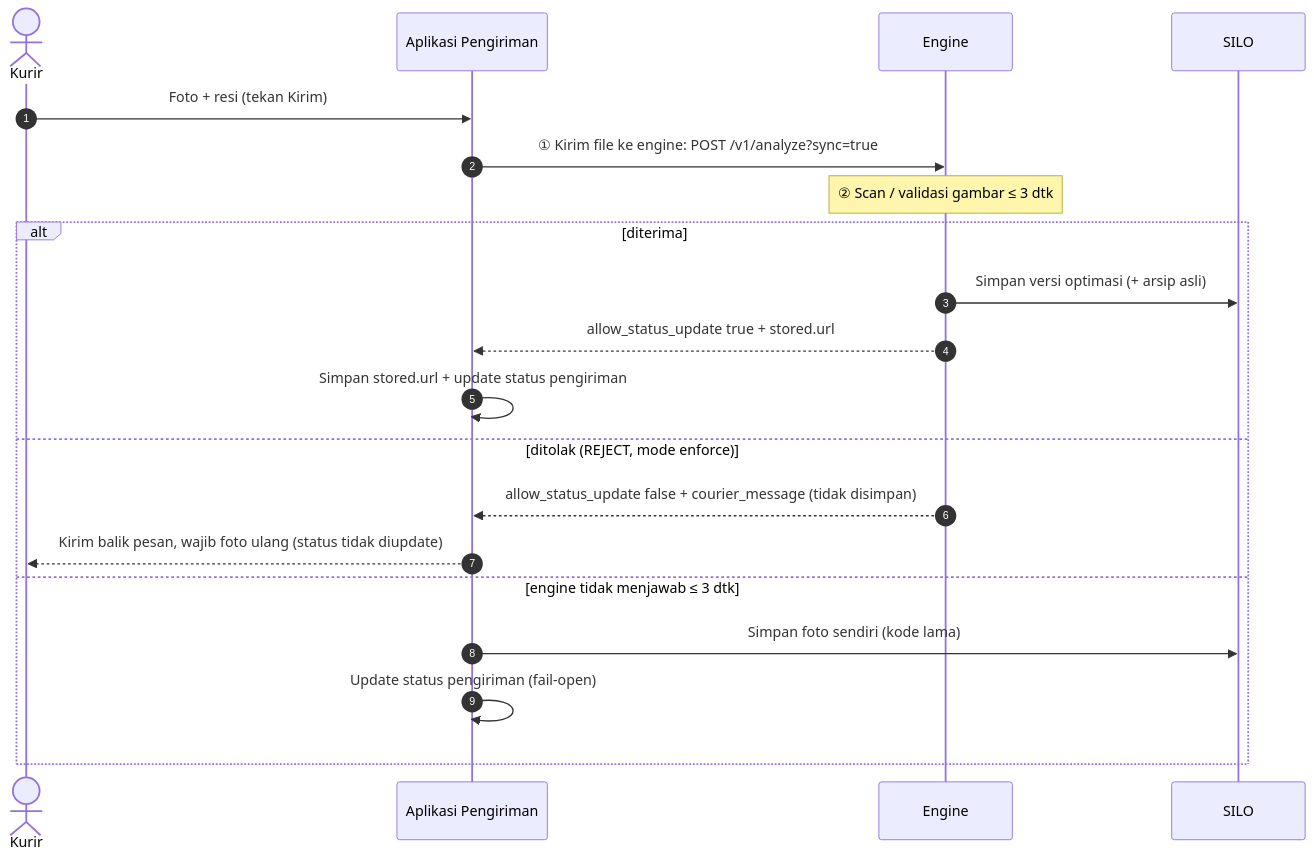
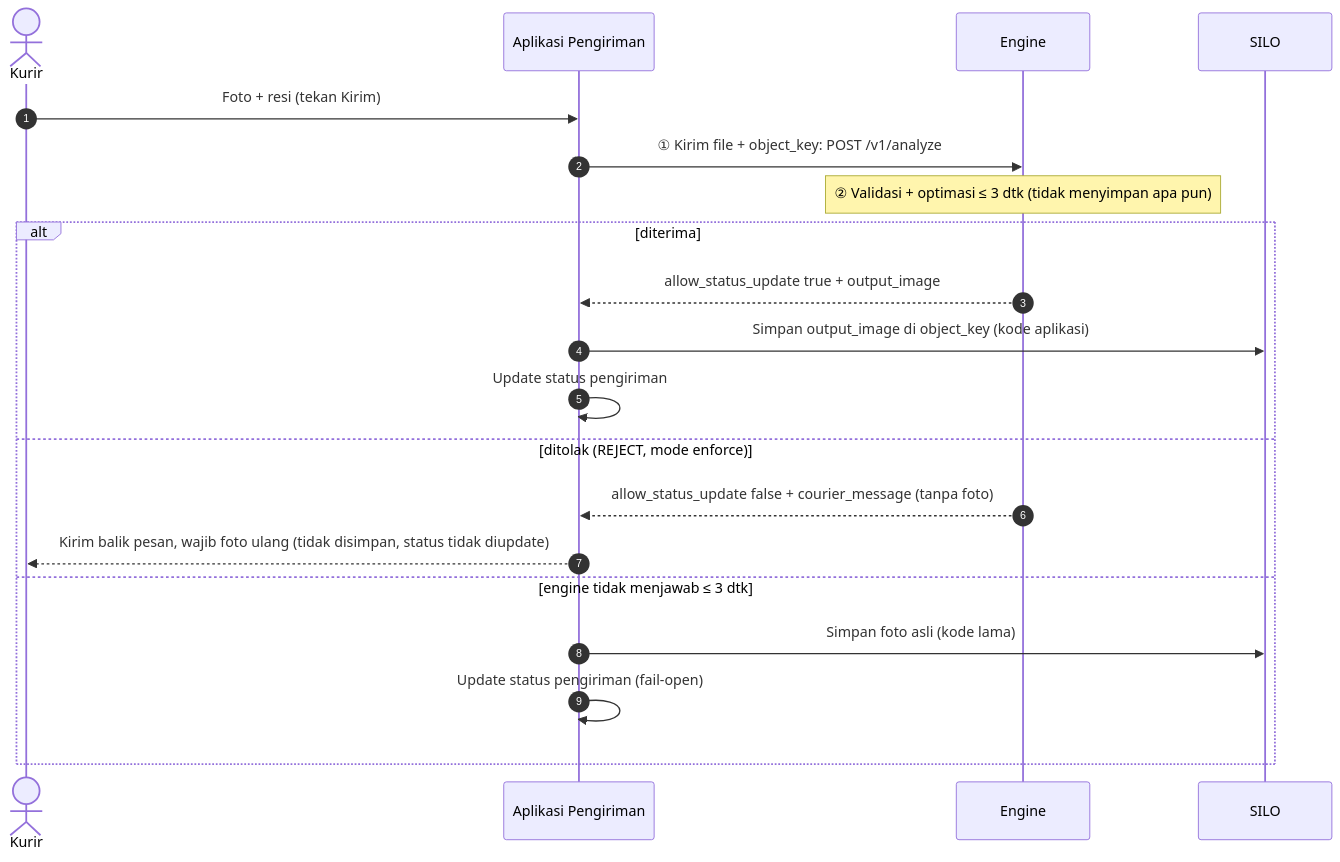
One commit to anas-fikri/ocr-engine changed the first of 2 diagrams in docs/integration-guide.md. Above: the diagram before and after it, drawn with Mermaid. The commit also changed other lines of this file and 35 other files, not shown here.

````diff
--- a/docs/integration-guide.md
+++ b/docs/integration-guide.md
@@ -63,22 +64,22 @@
 ```mermaid
 sequenceDiagram
     autonumber
     actor K as Kurir
     participant BE as Aplikasi Pengiriman
     participant E as Engine
     participant S as SILO
     K->>BE: Foto + resi (tekan Kirim)
-    BE->>E: ① Kirim file ke engine: POST /v1/analyze?sync=true
-    note over E: ② Scan / validasi gambar ≤ 3 dtk
+    BE->>E: ① Kirim file + object_key: POST /v1/analyze
+    note over E: ② Validasi + optimasi ≤ 3 dtk (tidak menyimpan apa pun)
     alt diterima
-        E->>S: Simpan versi optimasi (+ arsip asli)
-        E-->>BE: allow_status_update true + stored.url
-        BE->>BE: Simpan stored.url + update status pengiriman
+        E-->>BE: allow_status_update true + output_image
+        BE->>S: Simpan output_image di object_key (kode aplikasi)
+        BE->>BE: Update status pengiriman
     else ditolak (REJECT, mode enforce)
-        E-->>BE: allow_status_update false + courier_message (tidak disimpan)
-        BE-->>K: Kirim balik pesan, wajib foto ulang (status tidak diupdate)
+        E-->>BE: allow_status_update false + courier_message (tanpa foto)
+        BE-->>K: Kirim balik pesan, wajib foto ulang (tidak disimpan, status tidak diupdate)
     else engine tidak menjawab ≤ 3 dtk
-        BE->>S: Simpan foto sendiri (kode lama)
+        BE->>S: Simpan foto asli (kode lama)
         BE->>BE: Update status pengiriman (fail-open)
     end
 ```
````
